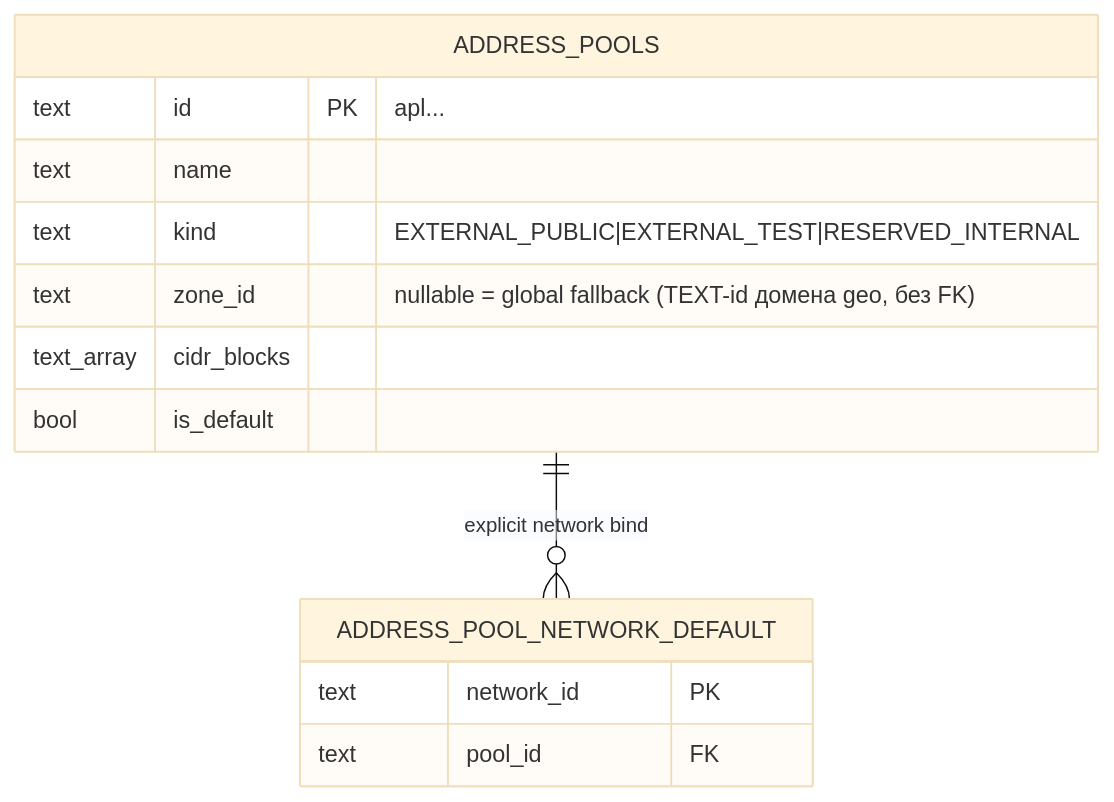
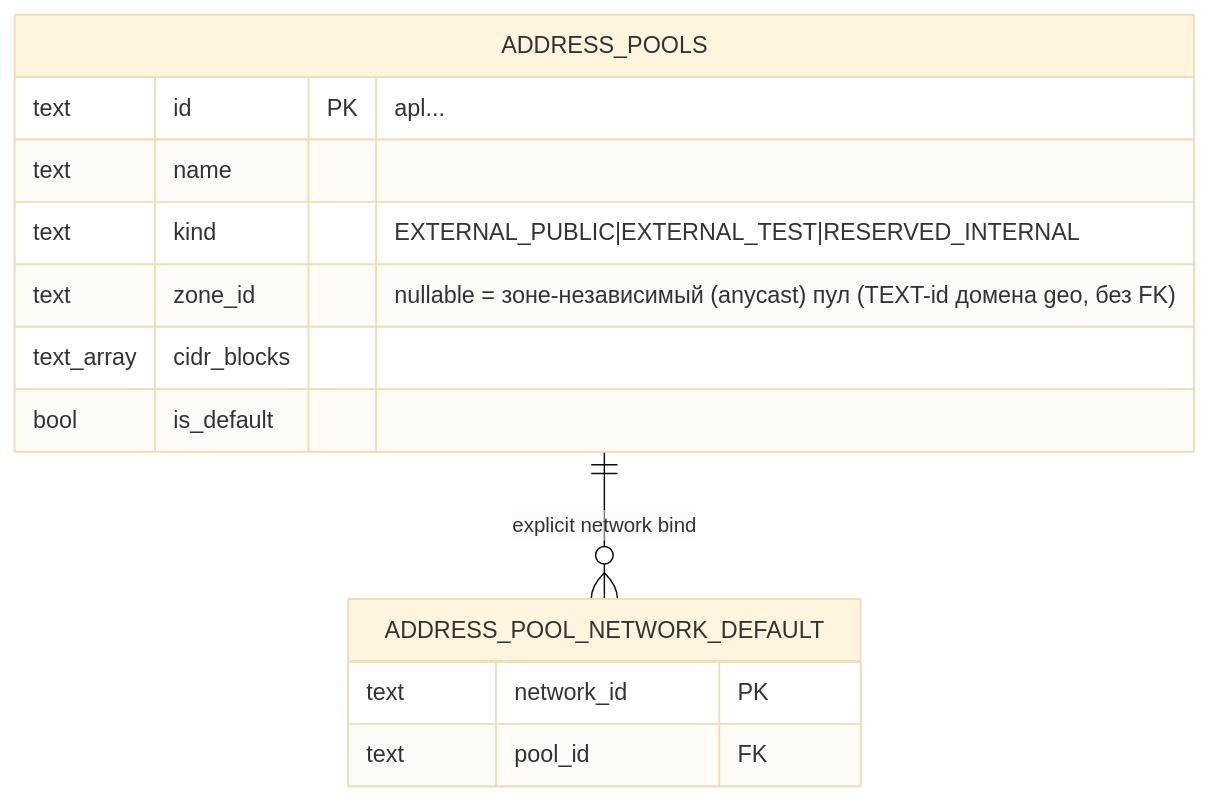
The first of 2 diagrams in services/vpc/docs/architecture/03-ipam.md (PRO-Robotech/kacho), drawn with Mermaid (base theme) before and after one commit. The commit also changed other lines of this file and 39 other files, not shown here.

````diff
--- a/services/vpc/docs/architecture/03-ipam.md
+++ b/services/vpc/docs/architecture/03-ipam.md
@@ -8,17 +8,17 @@
 ```mermaid
 erDiagram
   ADDRESS_POOLS ||--o{ ADDRESS_POOL_NETWORK_DEFAULT : "explicit network bind"
 
   ADDRESS_POOLS {
     text id PK "apl..."
     text name
     text kind "EXTERNAL_PUBLIC|EXTERNAL_TEST|RESERVED_INTERNAL"
-    text zone_id "nullable = global fallback (TEXT-id домена geo, без FK)"
+    text zone_id "nullable = зоне-независимый (anycast) пул (TEXT-id домена geo, без FK)"
     text_array cidr_blocks
     bool is_default
   }
   ADDRESS_POOL_NETWORK_DEFAULT {
     text network_id PK
     text pool_id FK
   }
 ```
````
